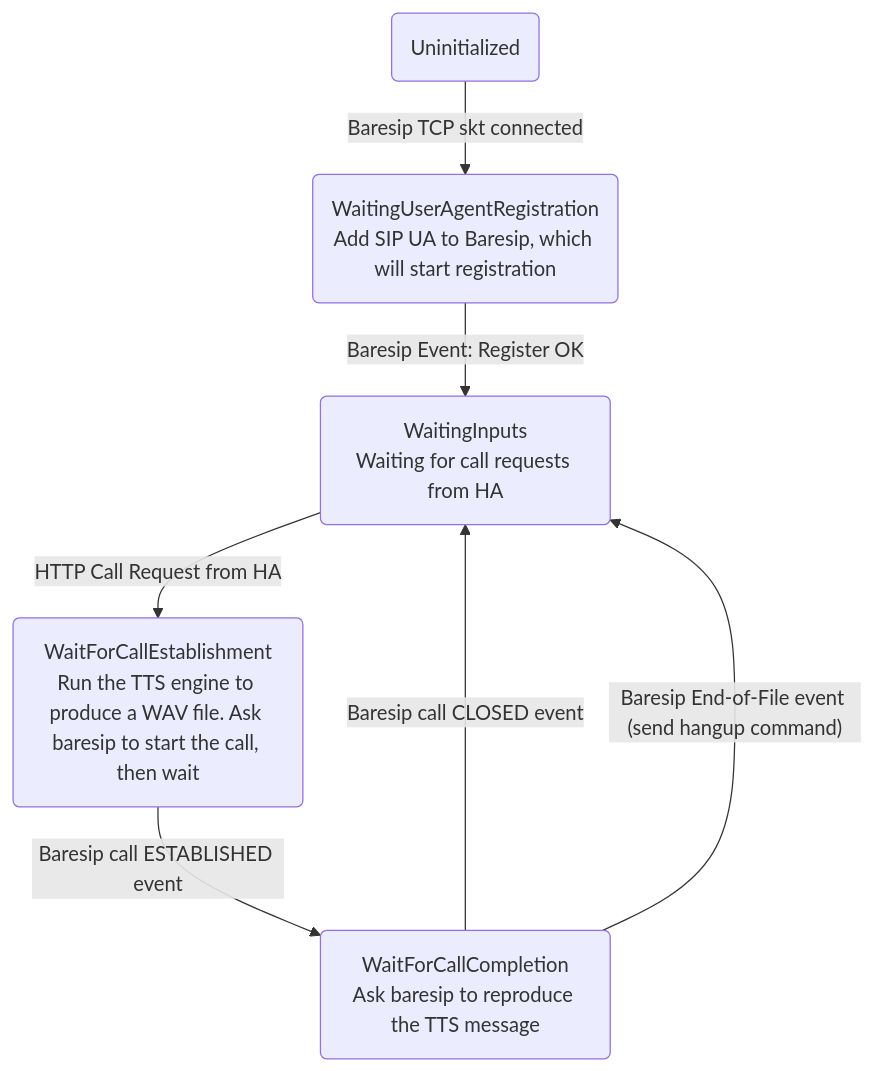
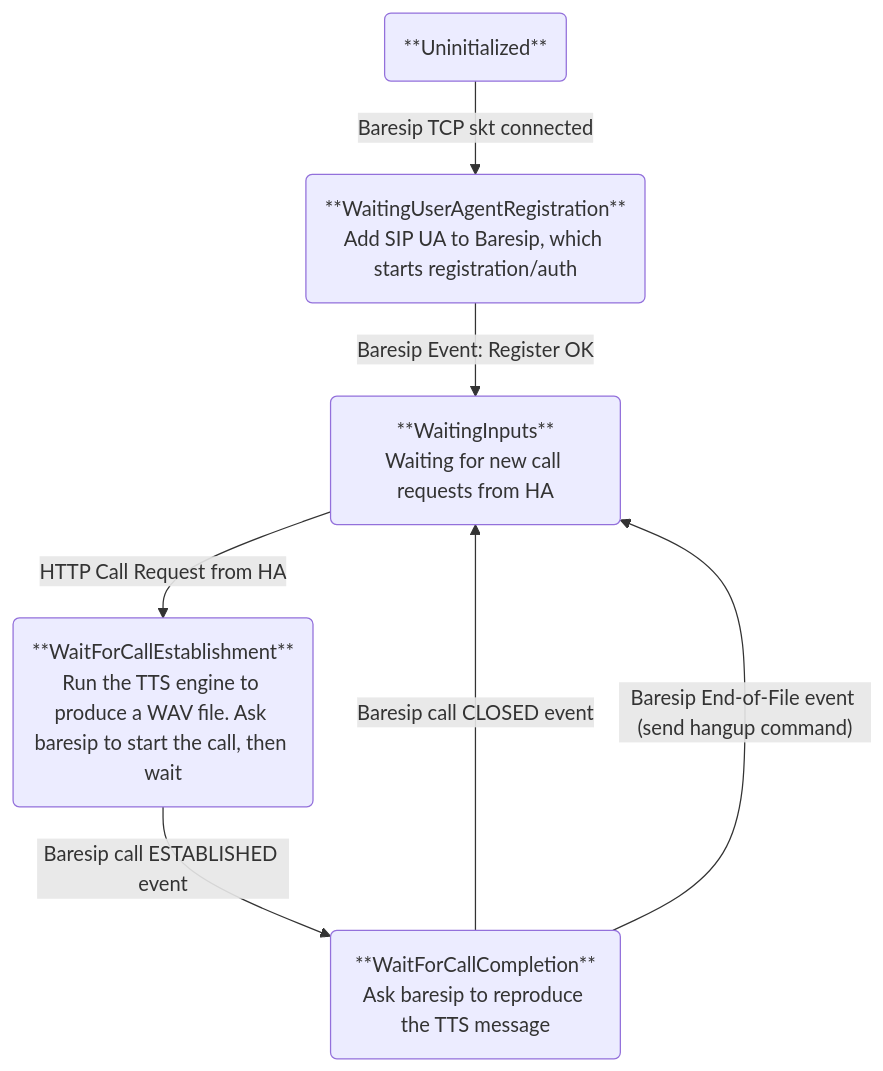
The diagram in DEV.md (f18m/ha-addon-voip-client), drawn with Mermaid before and after one commit. The commit also changed 2 other files, not shown here.

````diff
--- a/DEV.md
+++ b/DEV.md
@@ -14,15 +14,15 @@
 ```mermaid
 flowchart TD
-    Uninitialized("Uninitialized")
-    WaitingUserAgentRegistration("WaitingUserAgentRegistration<br>Add SIP UA to Baresip, which will start registration")
-    WaitingInputs("WaitingInputs<br>Waiting for call requests from HA")
-    WaitForCallEstablishment("WaitForCallEstablishment<br>Run the TTS engine to produce a WAV file. Ask baresip to start the call, then wait")
-    WaitForCallCompletion("WaitForCallCompletion<br>Ask baresip to reproduce the TTS message")
+    Uninitialized("**Uninitialized**")
+    WaitingUserAgentRegistration("**WaitingUserAgentRegistration**<br>Add SIP UA to Baresip, which starts registration/auth")
+    WaitingInputs("**WaitingInputs**<br>Waiting for new call requests from HA")
+    WaitForCallEstablishment("**WaitForCallEstablishment**<br>Run the TTS engine to produce a WAV file. Ask baresip to start the call, then wait")
+    WaitForCallCompletion("**WaitForCallCompletion**<br>Ask baresip to reproduce the TTS message")
 
     Uninitialized -- Baresip TCP skt connected --> WaitingUserAgentRegistration
     WaitingUserAgentRegistration -- Baresip Event: Register OK --> WaitingInputs
     WaitingInputs --HTTP Call Request from HA --> WaitForCallEstablishment
     WaitForCallEstablishment -- Baresip call ESTABLISHED event --> WaitForCallCompletion
     WaitForCallCompletion -- Baresip call CLOSED event --> WaitingInputs
     WaitForCallCompletion -- Baresip End-of-File event (send hangup command) --> WaitingInputs
 ```
````
